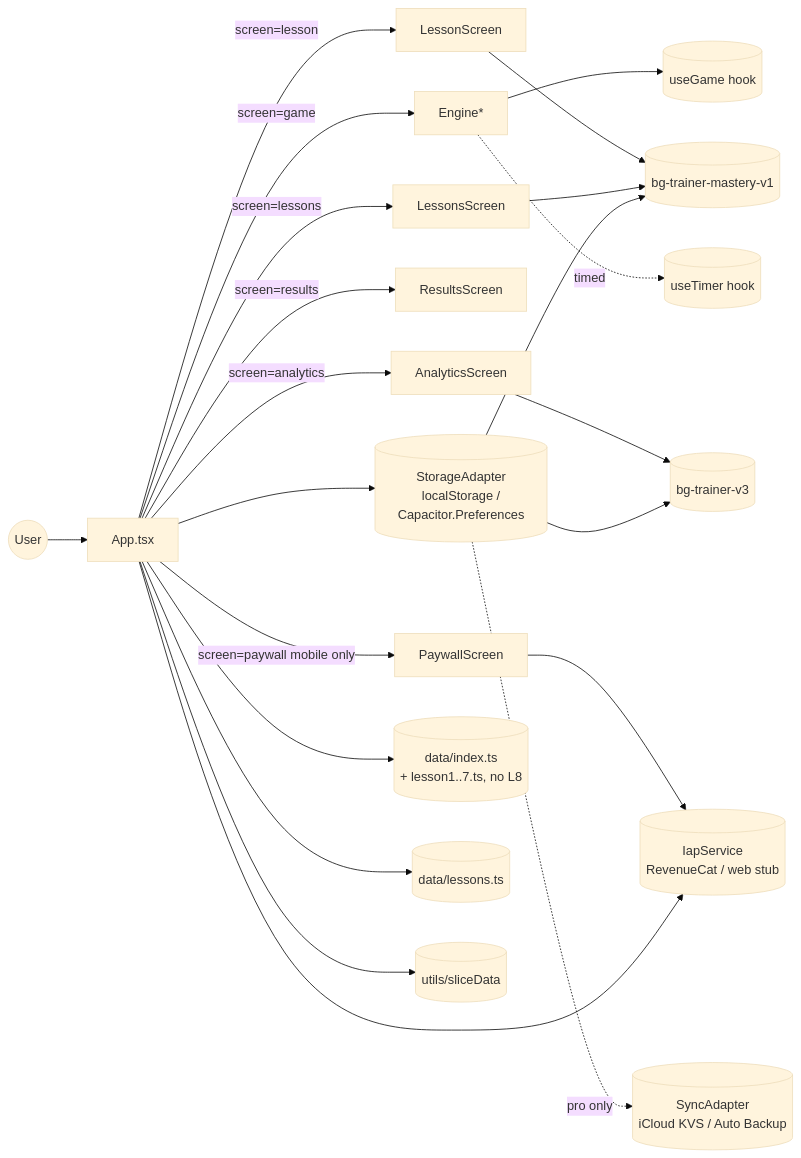
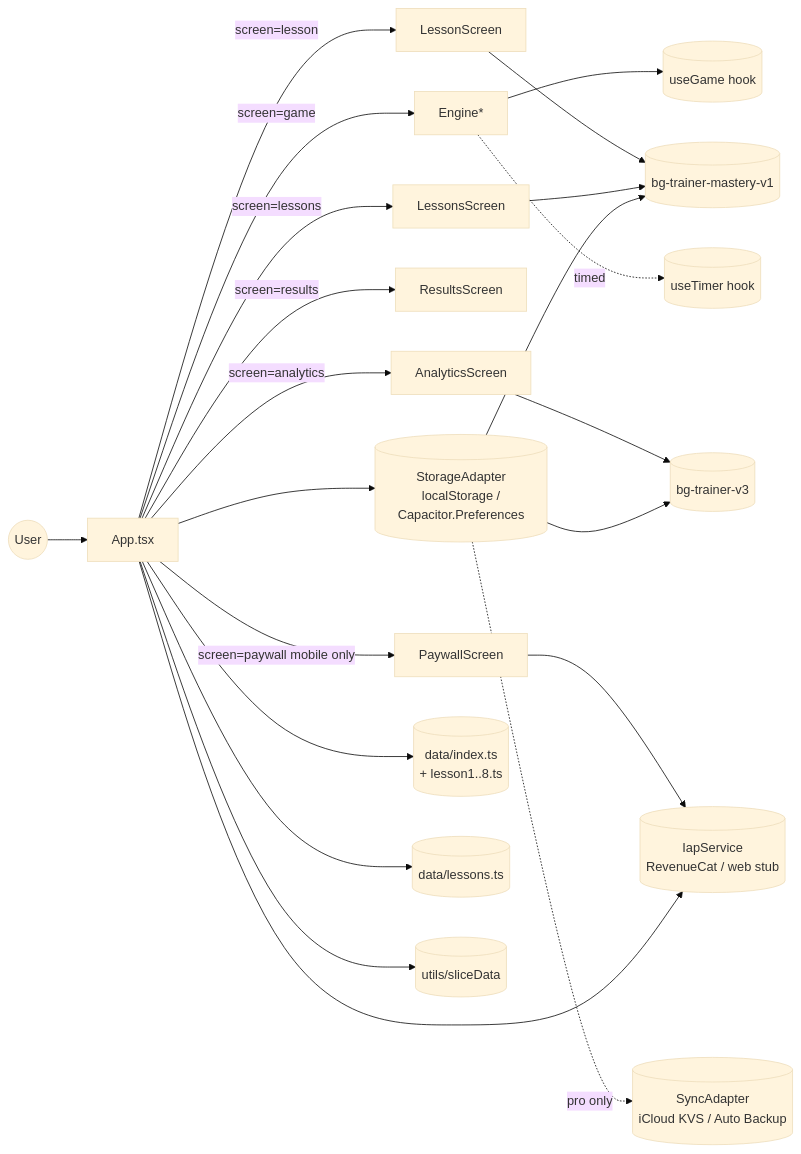
One commit to korchasa/bg-trainer changed the diagram in documents/design.md. Above: the diagram before and after it, drawn with Mermaid (base theme). The commit also changed other lines of this file and 5 other files, not shown here.

````diff
--- a/documents/design.md
+++ b/documents/design.md
@@ -9,24 +9,24 @@
   ```mermaid
   flowchart LR
     User((User)) --> App[App.tsx]
     App -->|screen=lessons| Lessons[LessonsScreen]
     App -->|screen=lesson| Lesson[LessonScreen]
     App -->|screen=game| Engine[Engine*]
     App -->|screen=results| Results[ResultsScreen]
     App -->|screen=analytics| Analytics[AnalyticsScreen]
     App -->|screen=paywall mobile only| Paywall[PaywallScreen]
     Engine --> useGame[(useGame hook)]
     Engine -.timed.-> useTimer[(useTimer hook)]
     App --> Storage[(StorageAdapter\n localStorage / Capacitor.Preferences)]
     Storage --> History[(bg-trainer-v3)]
     Storage --> Mastery[(bg-trainer-mastery-v1)]
     App --> IAP[(IapService\n RevenueCat / web stub)]
     Paywall --> IAP
     Storage -.pro only.-> Sync[(SyncAdapter\n iCloud KVS / Auto Backup)]
     Analytics --> History
     Lessons --> Mastery
     Lesson --> Mastery
-    App --> Data[(data/index.ts\n + lesson1..7.ts, no L8)]
+    App --> Data[(data/index.ts\n + lesson1..8.ts)]
     App --> LessonsData[(data/lessons.ts)]
     App --> Slice[(utils/sliceData)]
   ```
````
